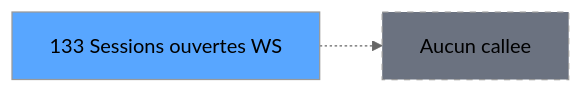
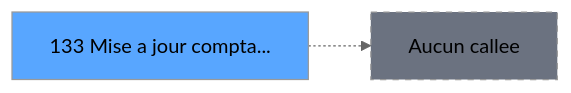
One commit to thonyAGP/lecteur-magic changed the third of 3 diagrams in .openspec/specs/ADH-IDE-133.md. Above: the diagram before and after it, drawn with Mermaid (neutral theme). The commit also changed other lines of this file and 493 other files, not shown here.

````diff
--- a/.openspec/specs/ADH-IDE-133.md
+++ b/.openspec/specs/ADH-IDE-133.md
@@ -163,8 +265,8 @@
 ```mermaid
 graph LR
-    T133[133 Sessions ouvertes WS]
+    T133[133 Mise a jour compta...]
     style T133 fill:#58a6ff
     NONE[Aucun callee]
     T133 -.-> NONE
     style NONE fill:#6b7280,stroke-dasharray: 5 5
 ```
````
